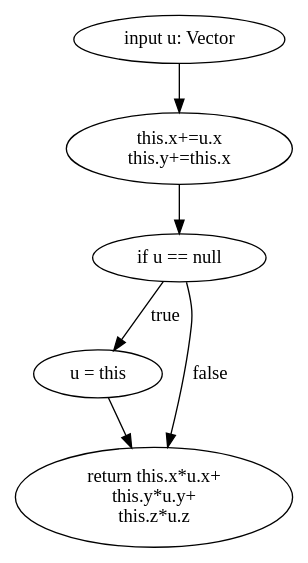
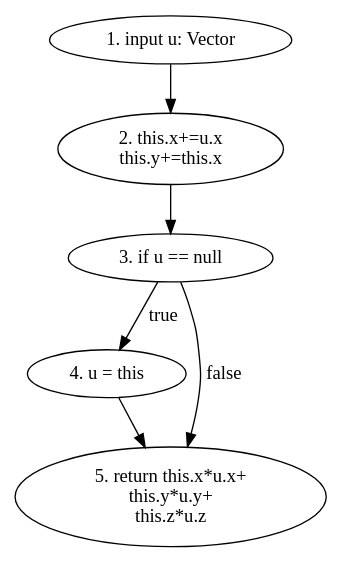
One commit to drakexcaptainop/p5t changed the diagram in test_graphs/scripts/vector/dot_prod.dot. Above: the diagram before and after it, drawn with Graphviz. The commit also changed 46 other files, not shown here.

Commit message:
scripts for graphs

```diff
--- a/test_graphs/scripts/vector/dot_prod.dot
+++ b/test_graphs/scripts/vector/dot_prod.dot
@@ -1,11 +1,11 @@
 digraph G {
-    B [label="input u: Vector"]
-    C [label="this.x+=u.x\nthis.y+=this.x"]
-    IF [label="if u == null"]
-    E [label="u = this"]
-    RET [label="return this.x*u.x+\nthis.y*u.y+\nthis.z*u.z"]
+    B [label="1. input u: Vector"]
+    C [label="2. this.x+=u.x\nthis.y+=this.x"]
+    IF [label="3. if u == null"]
+    E [label="4. u = this"]
+    RET [label="5. return this.x*u.x+\nthis.y*u.y+\nthis.z*u.z"]
     B -> C -> IF 
     IF -> E [label="true"] 
     E -> RET
     IF -> RET [label="false"]
 }
```
